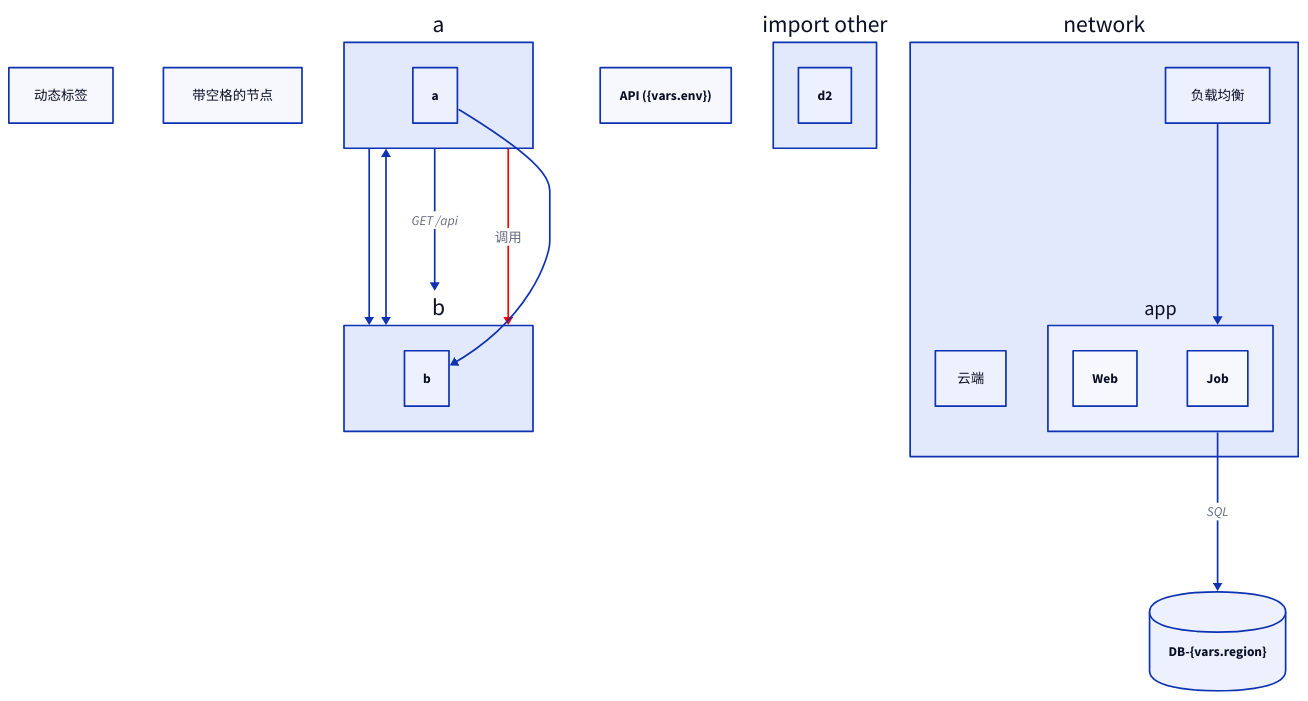
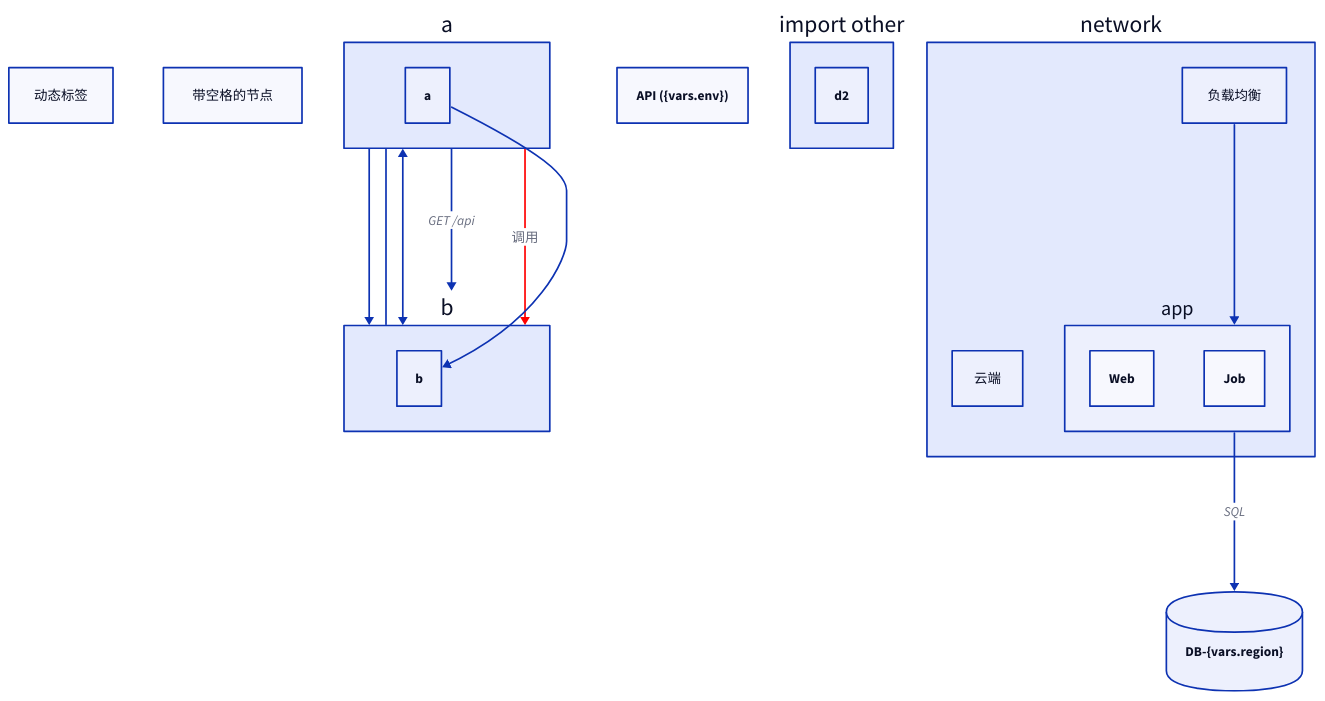
The first of 21 diagrams in skills/d2/SKILL.md (syllr/skills), drawn with D2 before and after one commit. The commit also changed other lines of this file and 21 other files, not shown here.

````diff
--- a/skills/d2/SKILL.md
+++ b/skills/d2/SKILL.md
@@ -88,31 +51,32 @@
 ```d2
 direction: down              # 主方向：down/right/left/up
 
 # 节点定义（label 在 : 后）
 server                       # 简单标识符
 "带空格的节点"
 server: "服务器"               # 带中文标签
 server.label: "动态标签"      # 后置 label
 
 # 边（边可带 label、样式）
 a -> b                        # 有向
-a <-> b                       # 无向
+a -- b                        # 无向
+a <-> b                       # 双向
 a -> b: "GET /api"            # 边标签
 a -> b: "调用" { style.stroke: red }
 a.a -> b.b                    # 端口连接（节点进出口显式定义 id 用 .a/.b）
 
 # 容器（层级与命名空间）
 network: {
   cloud: "云端"
   lb: "负载均衡"
   app: { web: "Web"; worker: "Job" }   # 嵌套容器
 }
 network.lb -> network.app
 network.app -> db: "SQL"
 
 # 导入与变量（大图模块化）
 import other.d2                # 引入其他 .d2
 vars: { env: "prod"; region: "us-east-1" }
 api: "API ({vars.env})"
 db: "DB-{vars.region}" { shape: cylinder }
 ```
````
